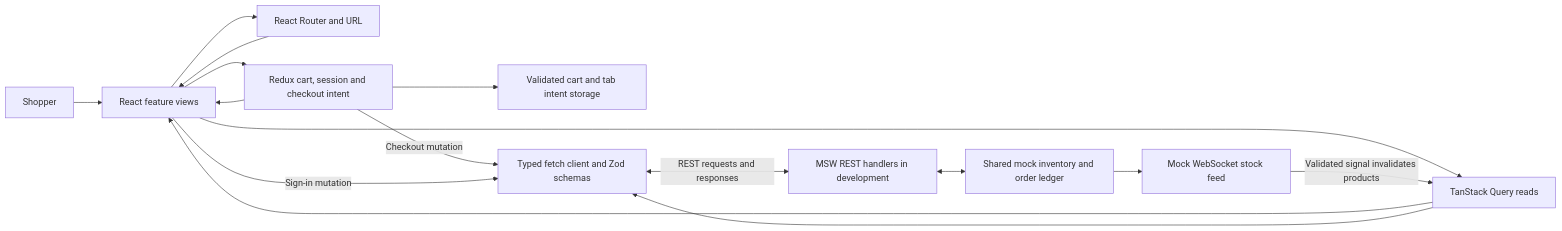
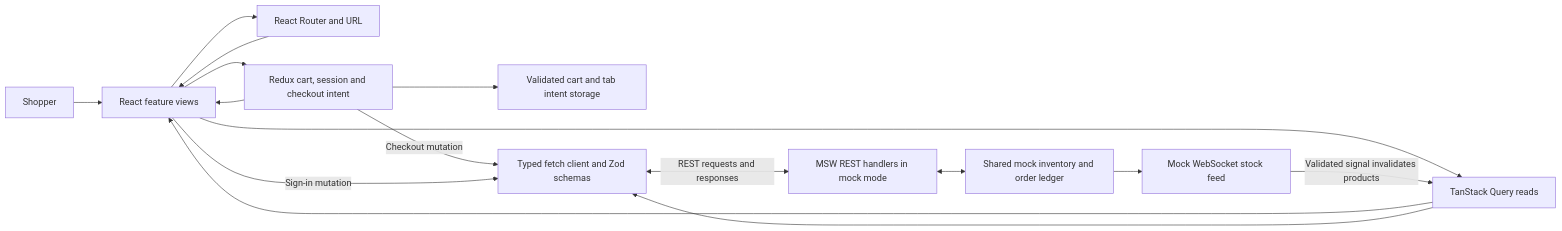
One commit to szain7/shopflow-react changed the diagram in docs/ARCHITECTURE.md. Above: the diagram before and after it, drawn with Mermaid. The commit also changed other lines of this file and 20 other files, not shown here.

````diff
--- a/docs/ARCHITECTURE.md
+++ b/docs/ARCHITECTURE.md
@@ -21,18 +21,18 @@
 ```mermaid
 flowchart LR
     Shopper --> View["React feature views"]
     View --> Router["React Router and URL"]
     Router --> View
     View --> Redux["Redux cart, session and checkout intent"]
     Redux --> View
     Redux --> Storage["Validated cart and tab intent storage"]
     View --> Query["TanStack Query reads"]
     Query --> View
     Query --> Client["Typed fetch client and Zod schemas"]
     Redux -->|"Checkout mutation"| Client
     View -->|"Sign-in mutation"| Client
-    Client <-->|"REST requests and responses"| Mock["MSW REST handlers in development"]
+    Client <-->|"REST requests and responses"| Mock["MSW REST handlers in mock mode"]
     Mock <--> Inventory["Shared mock inventory and order ledger"]
     Inventory --> Feed["Mock WebSocket stock feed"]
     Feed -->|"Validated signal invalidates products"| Query
 ```
````
